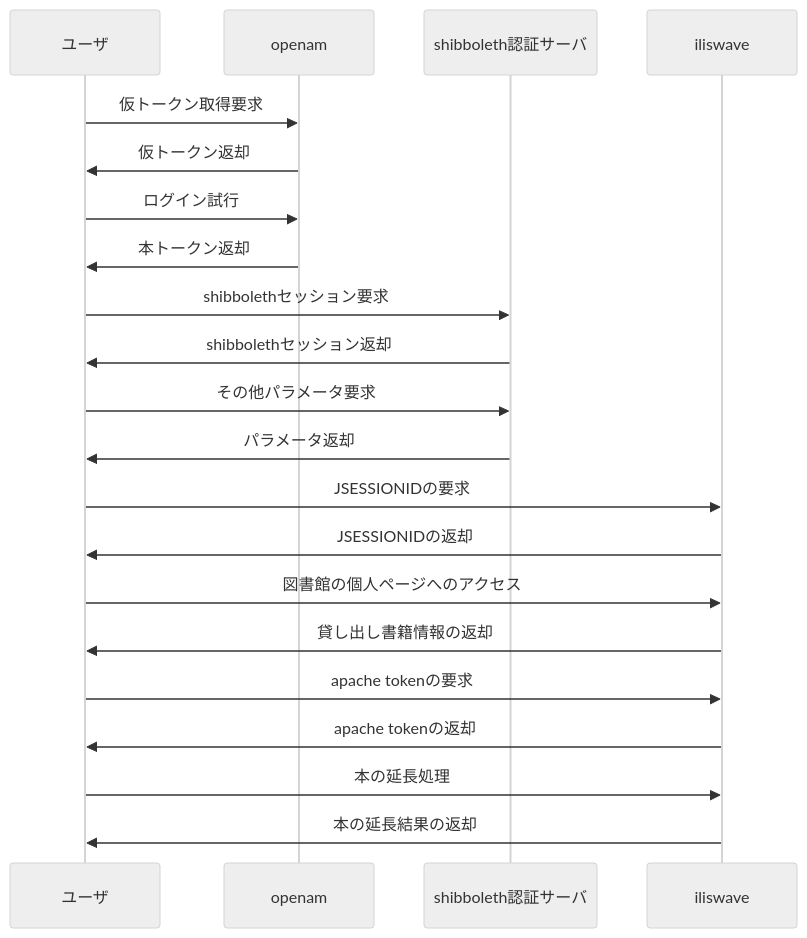
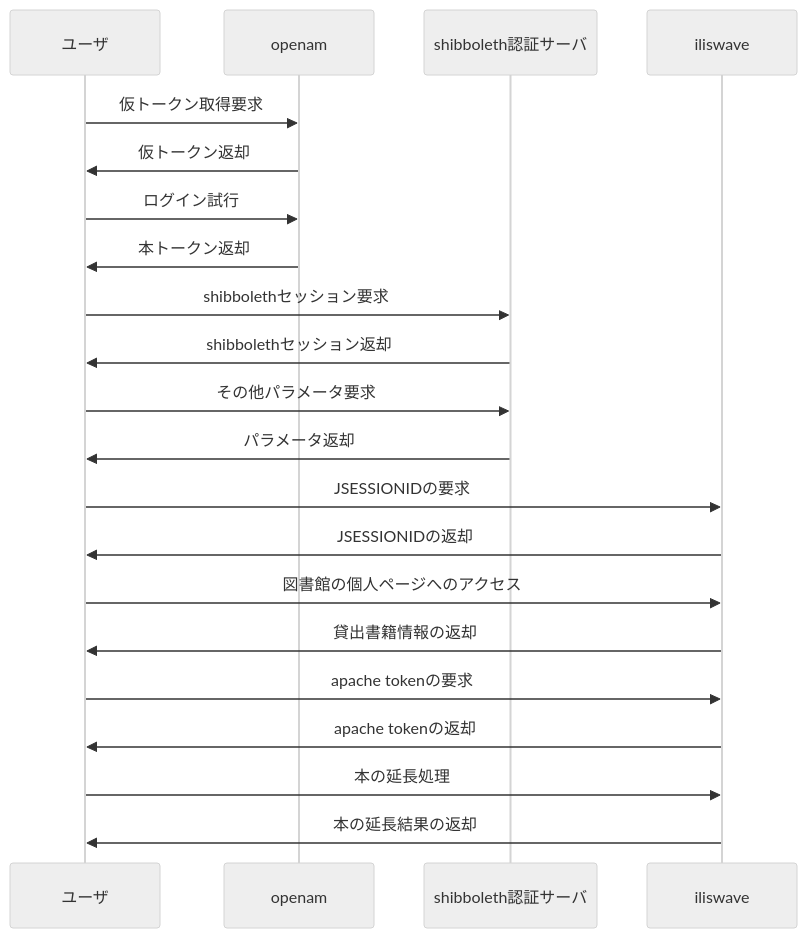
Before and after one commit to calloc134/opac-automation: the diagram in README.md, drawn with Mermaid (neutral theme). The commit also changed other lines of this file and 1 other file, not shown here.

````diff
--- a/README.md
+++ b/README.md
@@ -58,29 +58,29 @@
 ```mermaid
 sequenceDiagram
     participant ユーザ
     participant openam
     participant shibboleth認証サーバ
     participant iliswave
 
     ユーザ->>openam: 仮トークン取得要求
     openam->>ユーザ: 仮トークン返却
     ユーザ->>openam: ログイン試行
     openam->>ユーザ: 本トークン返却
 
     ユーザ->>shibboleth認証サーバ: shibbolethセッション要求
     shibboleth認証サーバ->>ユーザ: shibbolethセッション返却
     ユーザ->>shibboleth認証サーバ: その他パラメータ要求
     shibboleth認証サーバ->>ユーザ: パラメータ返却
 
     ユーザ->>iliswave: JSESSIONIDの要求
     iliswave->>ユーザ: JSESSIONIDの返却
 
     ユーザ->>iliswave: 図書館の個人ページへのアクセス
-    iliswave->>ユーザ: 貸し出し書籍情報の返却
+    iliswave->>ユーザ: 貸出書籍情報の返却
 
     ユーザ->>iliswave: apache tokenの要求
     iliswave->>ユーザ: apache tokenの返却
 
     ユーザ->>iliswave: 本の延長処理
     iliswave->>ユーザ: 本の延長結果の返却
 ```
````
